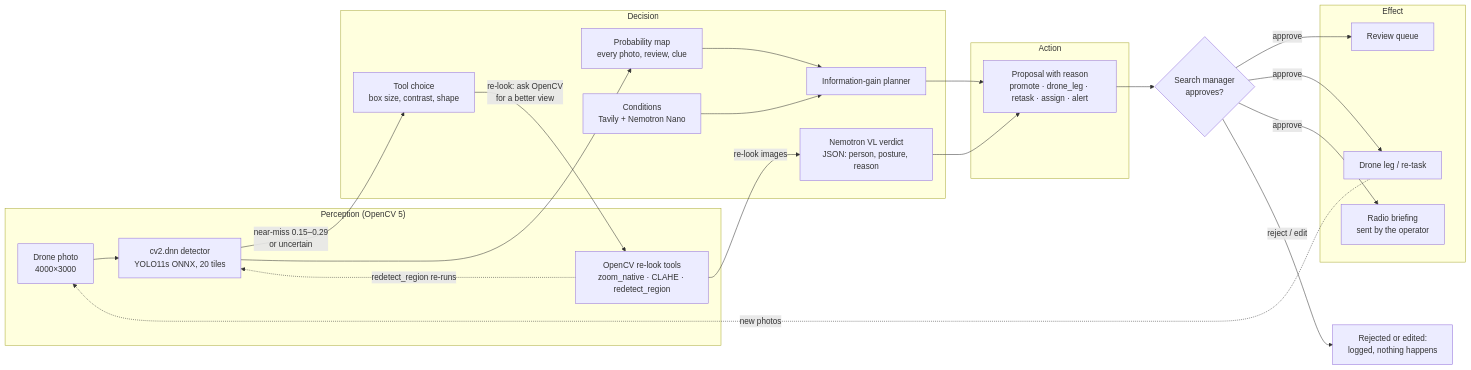
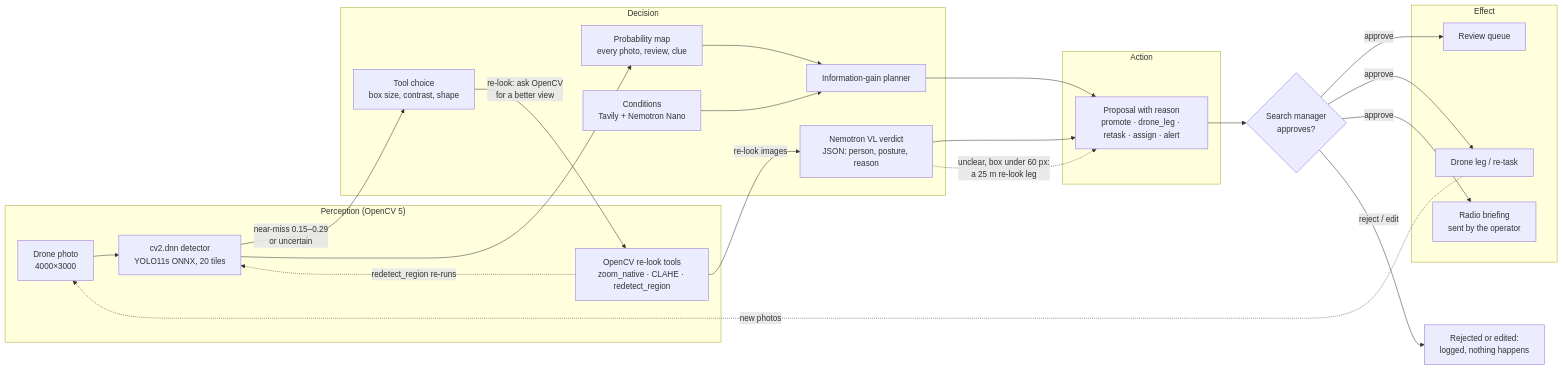
The first of 2 diagrams in docs/architecture/agent.md (Drivera0/sightline), drawn with Mermaid before and after one commit. The commit also changed other lines of this file, not shown here.

Commit message:
Agent doc: the re-look chain (rule, trace schema, demo) and the ledger

````diff
--- a/docs/architecture/agent.md
+++ b/docs/architecture/agent.md
@@ -14,42 +14,43 @@
 ```mermaid
 flowchart LR
   subgraph PER["Perception (OpenCV 5)"]
     photo["Drone photo<br/>4000×3000"]
     det["cv2.dnn detector<br/>YOLO11s ONNX, 20 tiles"]
     relook["OpenCV re-look tools<br/>zoom_native · CLAHE · redetect_region"]
   end
   subgraph DEC["Decision"]
     pick["Tool choice<br/>box size, contrast, shape"]
     vl["Nemotron VL verdict<br/>JSON: person, posture, reason"]
     map["Probability map<br/>every photo, review, clue"]
     planner["Information-gain planner"]
     cond["Conditions<br/>Tavily + Nemotron Nano"]
   end
   subgraph ACT["Action"]
     prop["Proposal with reason<br/>promote · drone_leg · retask · assign · alert"]
   end
   gate{"Search manager<br/>approves?"}
   subgraph EFF["Effect"]
     queue["Review queue"]
     leg["Drone leg / re-task"]
     radio["Radio briefing<br/>sent by the operator"]
   end
   logged["Rejected or edited:<br/>logged, nothing happens"]
 
   photo --> det
   det -- "near-miss 0.15–0.29<br/>or uncertain" --> pick
   pick -- "re-look: ask OpenCV<br/>for a better view" --> relook
   relook -- "re-look images" --> vl
   relook -. "redetect_region re-runs" .-> det
   det --> map
   cond --> planner
   map --> planner
   vl --> prop
+  vl -. "unclear, box under 60 px:<br/>a 25 m re-look leg" .-> prop
   planner --> prop
   prop --> gate
   gate -- "approve" --> queue
   gate -- "approve" --> leg
   gate -- "approve" --> radio
   gate -- "reject / edit" --> logged
   leg -. "new photos" .-> photo
 ```
````
